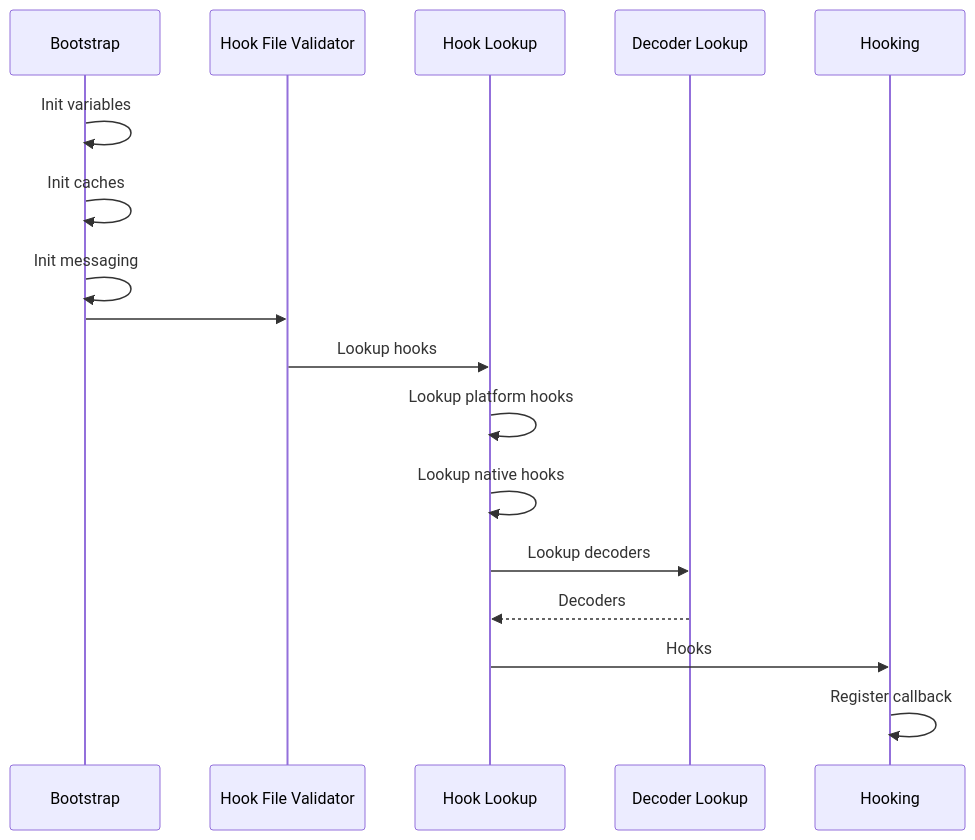
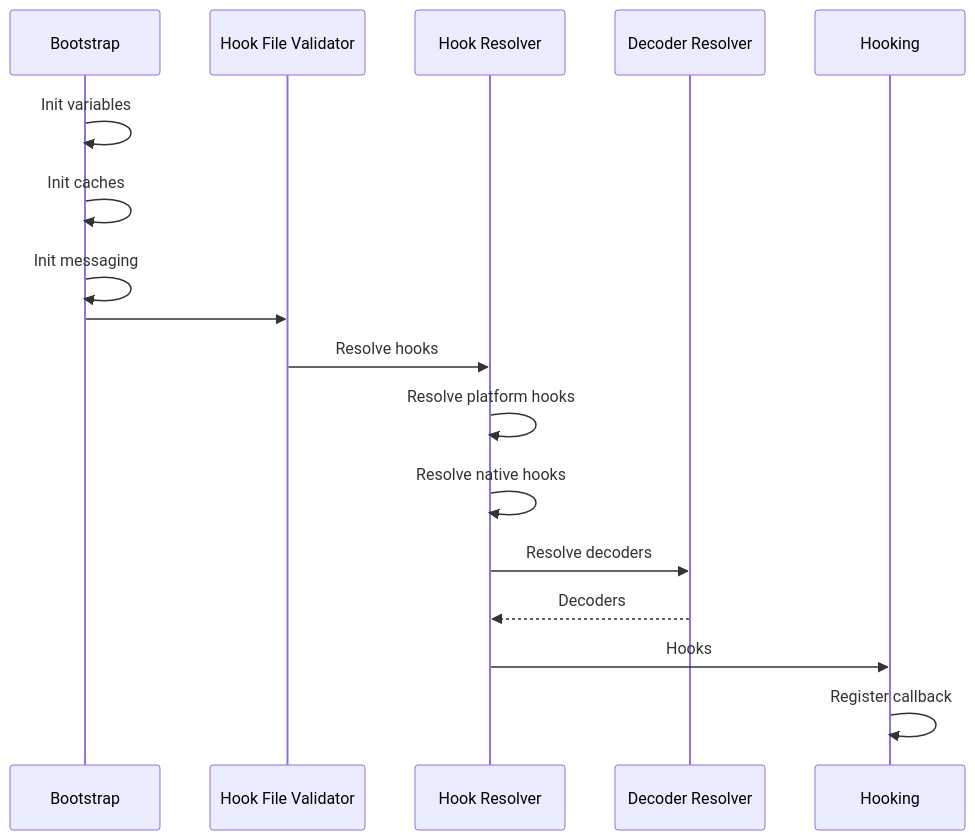
The first of 3 diagrams in frooky/agent/doc/README.md (cpholguera/frooky), drawn with Mermaid before and after one commit. The commit also changed other lines of this file and 22 other files, not shown here.

````diff
--- a/frooky/agent/doc/README.md
+++ b/frooky/agent/doc/README.md
@@ -18,25 +18,25 @@
 ```mermaid
 sequenceDiagram
     participant BS as Bootstrap
     participant HFV as Hook File Validator
-    participant HL as Hook Lookup
-    participant DL as Decoder Lookup
+    participant HL as Hook Resolver
+    participant DL as Decoder Resolver
     participant H as Hooking
 
     BS->>BS: Init variables
     BS->>BS: Init caches
     BS->>BS: Init messaging
 
     BS->>HFV: 
-    HFV->>HL: Lookup hooks
+    HFV->>HL: Resolve hooks
 
-    HL->>HL: Lookup platform hooks
-    HL->>HL: Lookup native hooks
+    HL->>HL: Resolve platform hooks
+    HL->>HL: Resolve native hooks
 
 
-    HL->>DL: Lookup decoders
+    HL->>DL: Resolve decoders
     DL-->>HL: Decoders
 
     HL->>H: Hooks
     H->>H: Register callback
 ```
````
